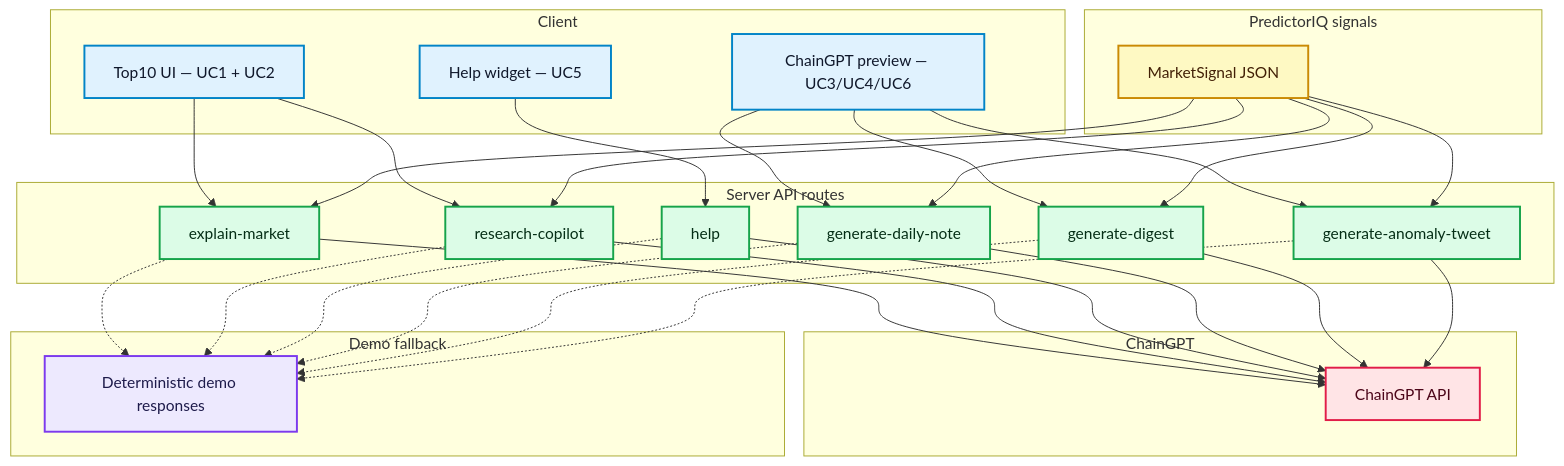
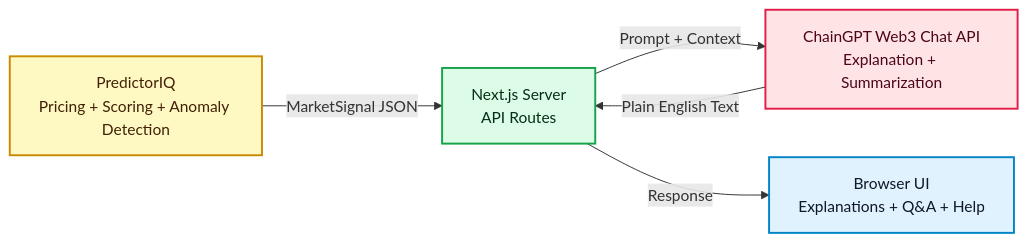
The first of 2 diagrams in docs/CHAINGPT_INTEGRATION_OVERVIEW.md (nelsonjingusc/predictoriq-demo), drawn with Mermaid before and after one commit. The commit also changed other lines of this file, not shown here.

Commit message:
update architecture diagram

````diff
--- a/docs/CHAINGPT_INTEGRATION_OVERVIEW.md
+++ b/docs/CHAINGPT_INTEGRATION_OVERVIEW.md
@@ -12,62 +14,17 @@
 ```mermaid
-flowchart TB
-  classDef client fill:#E0F2FE,stroke:#0284C7,color:#0F172A,stroke-width:2px
-  classDef api fill:#DCFCE7,stroke:#16A34A,color:#052E16,stroke-width:2px
-  classDef core fill:#FEF9C3,stroke:#CA8A04,color:#422006,stroke-width:2px
-  classDef model fill:#FFE4E6,stroke:#E11D48,color:#4C0519,stroke-width:2px
-  classDef util fill:#EDE9FE,stroke:#7C3AED,color:#1E1B4B,stroke-width:2px
+flowchart LR
+  classDef data fill:#FEF9C3,stroke:#CA8A04,color:#422006,stroke-width:2px
+  classDef server fill:#DCFCE7,stroke:#16A34A,color:#052E16,stroke-width:2px
+  classDef chaingpt fill:#FFE4E6,stroke:#E11D48,color:#4C0519,stroke-width:2px
+  classDef output fill:#E0F2FE,stroke:#0284C7,color:#0F172A,stroke-width:2px
 
-  subgraph C[Client]
-    UI1[Top10 UI — UC1 + UC2]:::client
-    UI2[Help widget — UC5]:::client
-    UI3[ChainGPT preview — UC3/UC4/UC6]:::client
-  end
+  A[PredictorIQ<br/>Pricing + Scoring + Anomaly Detection]:::data
+  B[Next.js Server<br/>API Routes]:::server
+  C[ChainGPT Web3 Chat API<br/>Explanation + Summarization]:::chaingpt
+  D[Browser UI<br/>Explanations + Q&A + Help]:::output
 
-  subgraph A[Server API routes]
-    R1[explain-market]:::api
-    R2[research-copilot]:::api
-    R3[help]:::api
-    R4[generate-daily-note]:::api
-    R5[generate-digest]:::api
-    R6[generate-anomaly-tweet]:::api
-  end
-
-  subgraph P[PredictorIQ signals]
-    S1[MarketSignal JSON]:::core
-  end
-
-  subgraph L[ChainGPT]
-    M1[ChainGPT API]:::model
-  end
-
-  subgraph D[Demo fallback]
-    F1[Deterministic demo responses]:::util
-  end
-
-  UI1 --> R1
-  UI1 --> R2
-  UI2 --> R3
-  UI3 --> R4
-  UI3 --> R5
-  UI3 --> R6
-
-  S1 --> R1
-  S1 --> R2
-  S1 --> R4
-  S1 --> R5
-  S1 --> R6
-
-  R1 --> M1
-  R2 --> M1
-  R3 --> M1
-  R4 --> M1
-  R5 --> M1
-  R6 --> M1
-
-  R1 -.-> F1
-  R2 -.-> F1
-  R3 -.-> F1
-  R4 -.-> F1
-  R5 -.-> F1
-  R6 -.-> F1
+  A -->|MarketSignal JSON| B
+  B -->|Prompt + Context| C
+  C -->|Plain English Text| B
+  B -->|Response| D
 ```
````
